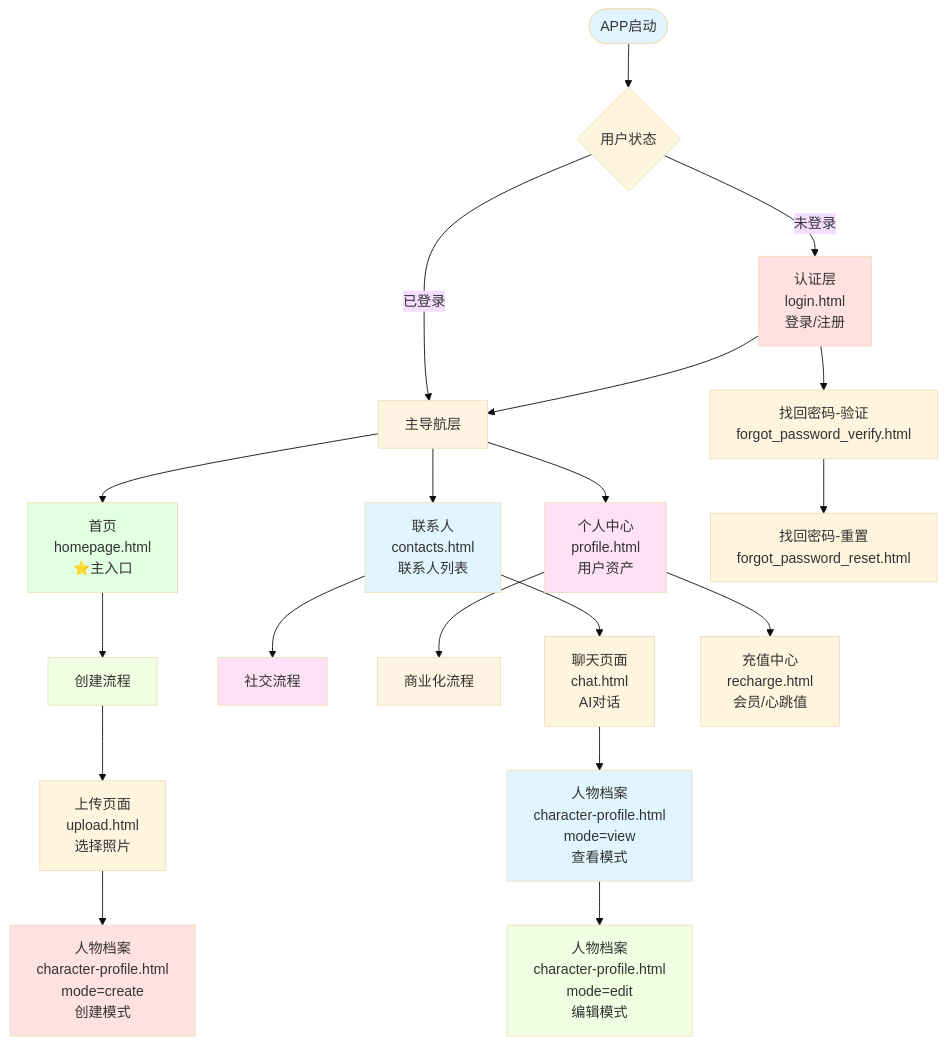
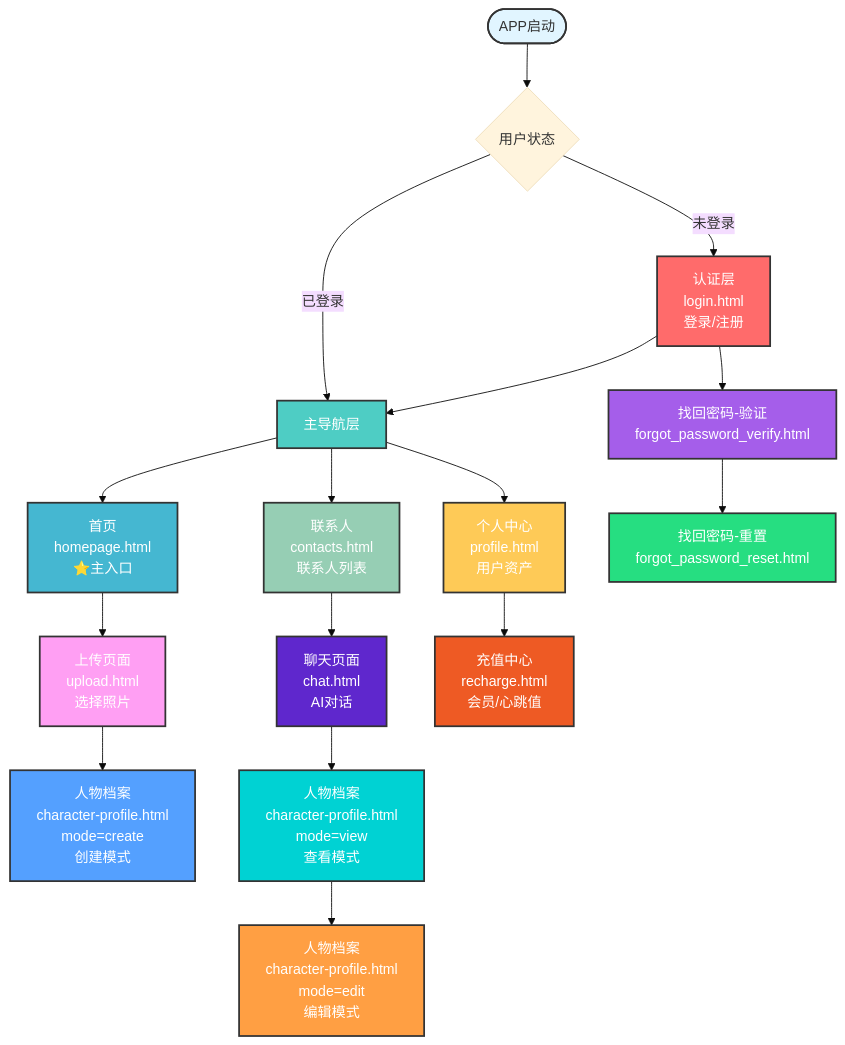
The first of 2 diagrams in 页面层级图.md (Cynthiafu9508/Yunyang), drawn with Mermaid (base theme) before and after one commit. The commit also changed other lines of this file, not shown here.

Commit message:
refactor: 优化页面层级图结构
主要变更：
1. 去掉社交流程和商业化流程模块
   - 简化为直接的功能页面关系
   - 更清晰的页面层级结构

2. 为每个层级页面用不同颜色表示
   - Level 0 (认证层): 红色系 - 登录相关
   - Level 1 (主导航层): 蓝绿色系 - 核心功能入口
   - Level 2 (功能层): 多彩色系 - 具体功能页面
   - Level 3 (辅助层): 紫色/绿色系 - 辅助功能

3. 优化模块命名
   - 商业化模块 → 充值模块
   - 更准确的业务描述

4. 增强视觉效果
   - 添加边框和颜色对比
   - 提升图表可读性

效果：
- 层级关系更清晰
- 颜色区分更明显
- 开发团队更易理解

````diff
--- a/页面层级图.md
+++ b/页面层级图.md
@@ -14,42 +14,40 @@
 ```mermaid
 graph TD
     Start([APP启动]) --> Auth{用户状态}
     
     Auth -->|未登录| Login[认证层<br/>login.html<br/>登录/注册]
     Auth -->|已登录| MainNav[主导航层]
     
     Login --> MainNav
     
     MainNav --> Tab1[首页<br/>homepage.html<br/>⭐主入口]
     MainNav --> Tab2[联系人<br/>contacts.html<br/>联系人列表]
     MainNav --> Tab3[个人中心<br/>profile.html<br/>用户资产]
     
-    Tab1 --> Create[创建流程]
-    Tab2 --> Social[社交流程]
-    Tab3 --> Commerce[商业化流程]
-    
-    Create --> Upload[上传页面<br/>upload.html<br/>选择照片]
+    Tab1 --> Upload[上传页面<br/>upload.html<br/>选择照片]
     Upload --> CharCreate[人物档案<br/>character-profile.html<br/>mode=create<br/>创建模式]
     
     Tab2 --> Chat[聊天页面<br/>chat.html<br/>AI对话]
     Chat --> CharView[人物档案<br/>character-profile.html<br/>mode=view<br/>查看模式]
     CharView --> CharEdit[人物档案<br/>character-profile.html<br/>mode=edit<br/>编辑模式]
     
     Tab3 --> Recharge[充值中心<br/>recharge.html<br/>会员/心跳值]
     
     Login --> Forgot1[找回密码-验证<br/>forgot_password_verify.html]
     Forgot1 --> Forgot2[找回密码-重置<br/>forgot_password_reset.html]
     
-    style Start fill:#e1f5ff
-    style Login fill:#ffe1e1
-    style MainNav fill:#fff4e1
-    style Tab1 fill:#e1ffe1
-    style Tab2 fill:#e1f5ff
-    style Tab3 fill:#ffe1f5
-    style Create fill:#f0ffe1
-    style Social fill:#ffe1f5
-    style Commerce fill:#fff4e1
-    style CharCreate fill:#ffe1e1
-    style CharView fill:#e1f5ff
-    style CharEdit fill:#f0ffe1
+    style Start fill:#e1f5ff,stroke:#333,stroke-width:2px
+    style Login fill:#ff6b6b,stroke:#333,stroke-width:2px,color:#fff
+    style MainNav fill:#4ecdc4,stroke:#333,stroke-width:2px,color:#fff
+    style Tab1 fill:#45b7d1,stroke:#333,stroke-width:2px,color:#fff
+    style Tab2 fill:#96ceb4,stroke:#333,stroke-width:2px,color:#fff
+    style Tab3 fill:#feca57,stroke:#333,stroke-width:2px,color:#fff
+    style Upload fill:#ff9ff3,stroke:#333,stroke-width:2px,color:#fff
+    style CharCreate fill:#54a0ff,stroke:#333,stroke-width:2px,color:#fff
+    style Chat fill:#5f27cd,stroke:#333,stroke-width:2px,color:#fff
+    style CharView fill:#00d2d3,stroke:#333,stroke-width:2px,color:#fff
+    style CharEdit fill:#ff9f43,stroke:#333,stroke-width:2px,color:#fff
+    style Recharge fill:#ee5a24,stroke:#333,stroke-width:2px,color:#fff
+    style Forgot1 fill:#a55eea,stroke:#333,stroke-width:2px,color:#fff
+    style Forgot2 fill:#26de81,stroke:#333,stroke-width:2px,color:#fff
 ```
````
